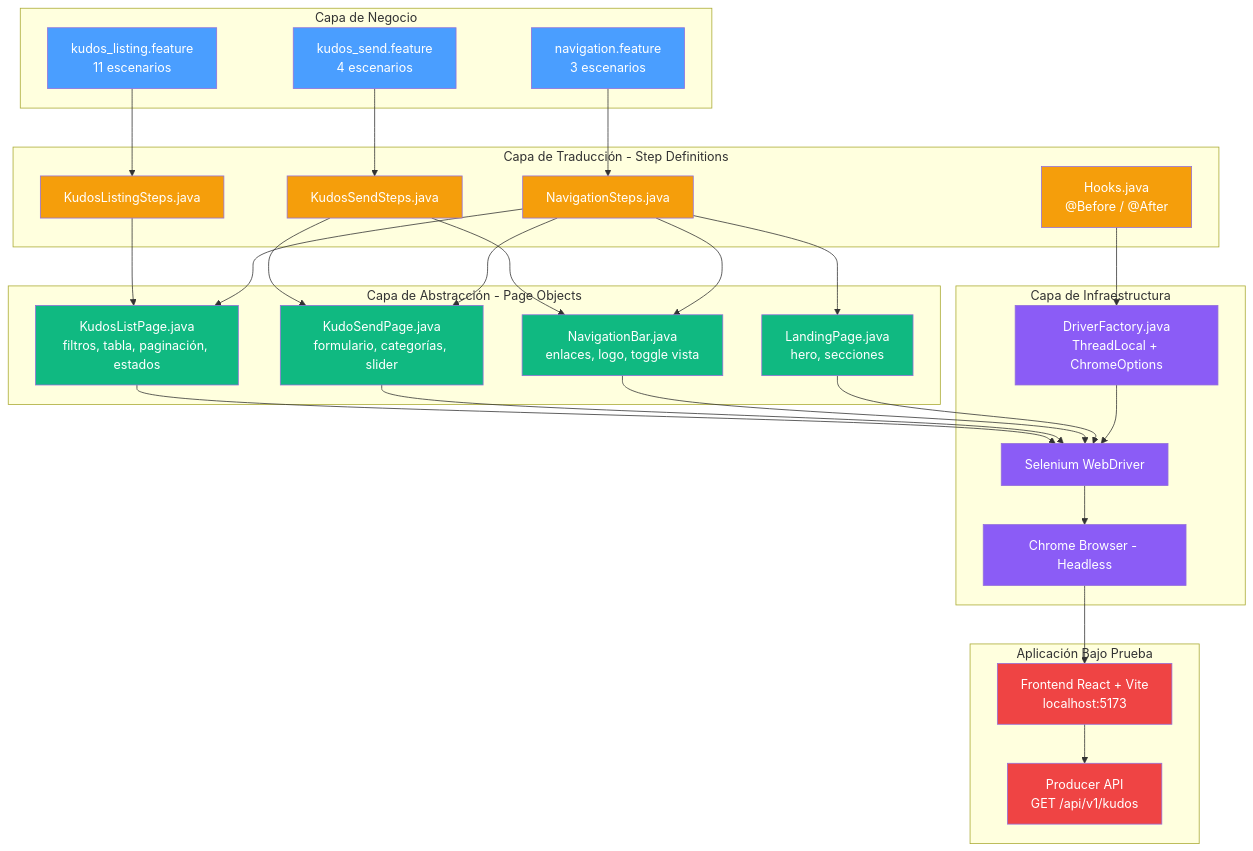
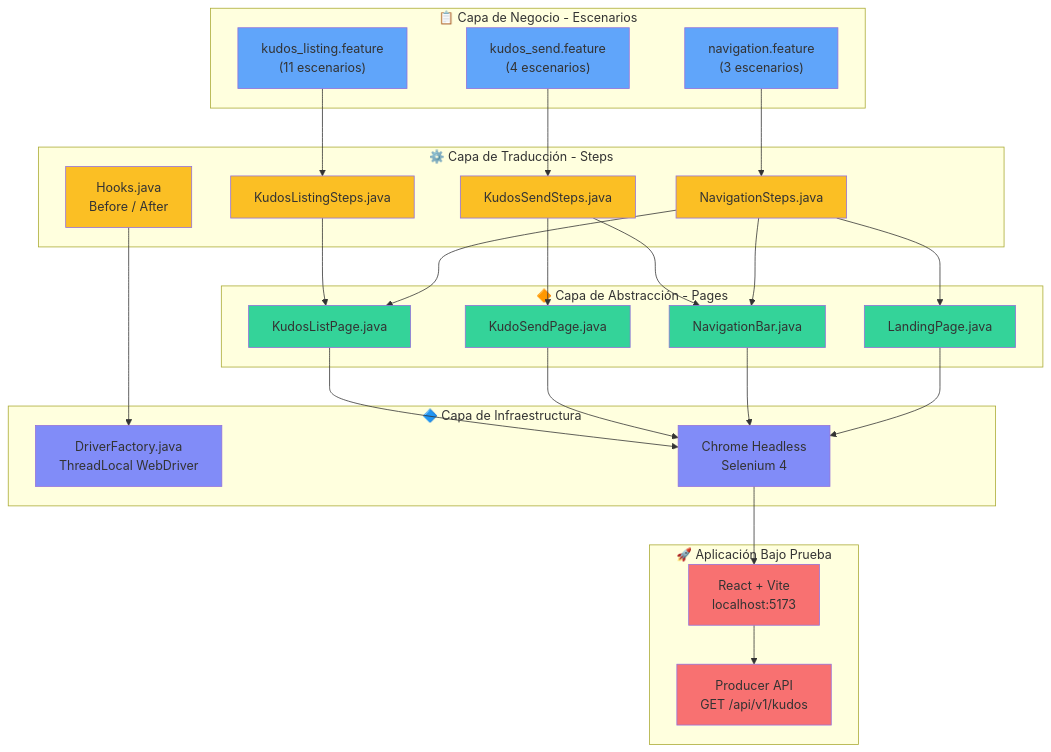
Before and after one commit to majoymajo/AUTO_FRONT_POM_FACTORY: the diagram in README.md, drawn with Mermaid. The commit also changed other lines of this file, not shown here.

Commit message:
🛠️ fix: update architecture diagram and improve clarity in README

````diff
--- a/README.md
+++ b/README.md
@@ -25,70 +25,58 @@
 ```mermaid
 graph TD
-    subgraph "Capa de Negocio"
-        F1["kudos_listing.feature<br/>11 escenarios"]
-        F2["kudos_send.feature<br/>4 escenarios"]
-        F3["navigation.feature<br/>3 escenarios"]
+    subgraph Features["📋 Capa de Negocio - Escenarios"]
+        F1["kudos_listing.feature<br/>(11 escenarios)"]
+        F2["kudos_send.feature<br/>(4 escenarios)"]
+        F3["navigation.feature<br/>(3 escenarios)"]
     end
 
-    subgraph "Capa de Traducción - Step Definitions"
+    subgraph StepDefs["⚙️ Capa de Traducción - Steps"]
         S1["KudosListingSteps.java"]
         S2["KudosSendSteps.java"]
         S3["NavigationSteps.java"]
-        H["Hooks.java<br/>@Before / @After"]
+        S4["Hooks.java<br/>Before / After"]
     end
 
-    subgraph "Capa de Abstracción - Page Objects"
-        P1["KudosListPage.java<br/>filtros, tabla, paginación, estados"]
-        P2["KudoSendPage.java<br/>formulario, categorías, slider"]
-        P3["NavigationBar.java<br/>enlaces, logo, toggle vista"]
-        P4["LandingPage.java<br/>hero, secciones"]
+    subgraph PageObj["🔶 Capa de Abstracción - Pages"]
+        P1["KudosListPage.java"]
+        P2["KudoSendPage.java"]
+        P3["NavigationBar.java"]
+        P4["LandingPage.java"]
     end
 
-    subgraph "Capa de Infraestructura"
-        DF["DriverFactory.java<br/>ThreadLocal + ChromeOptions"]
-        WD["Selenium WebDriver"]
-        BR["Chrome Browser - Headless"]
+    subgraph Infra["🔷 Capa de Infraestructura"]
+        D["DriverFactory.java<br/>ThreadLocal WebDriver"]
+        B["Chrome Headless<br/>Selenium 4"]
     end
 
-    subgraph "Aplicación Bajo Prueba"
-        FE["Frontend React + Vite<br/>localhost:5173"]
+    subgraph App["🚀 Aplicación Bajo Prueba"]
+        WEB["React + Vite<br/>localhost:5173"]
         API["Producer API<br/>GET /api/v1/kudos"]
     end
 
     F1 --> S1
     F2 --> S2
     F3 --> S3
     S1 --> P1
-    S2 --> P2
-    S2 --> P3
-    S3 --> P3
-    S3 --> P1
-    S3 --> P2
-    S3 --> P4
-    H --> DF
-    P1 --> WD
-    P2 --> WD
-    P3 --> WD
-    P4 --> WD
-    DF --> WD
-    WD --> BR
-    BR --> FE
-    FE --> API
+    S2 --> P2 & P3
+    S3 --> P1 & P3 & P4
+    S4 --> D
+    P1 & P2 & P3 & P4 --> B
+    B --> WEB --> API
 
-    style F1 fill:#4a9eff,color:#fff
-    style F2 fill:#4a9eff,color:#fff
-    style F3 fill:#4a9eff,color:#fff
-    style S1 fill:#f59e0b,color:#fff
-    style S2 fill:#f59e0b,color:#fff
-    style S3 fill:#f59e0b,color:#fff
-    style H fill:#f59e0b,color:#fff
-    style P1 fill:#10b981,color:#fff
-    style P2 fill:#10b981,color:#fff
-    style P3 fill:#10b981,color:#fff
-    style P4 fill:#10b981,color:#fff
-    style DF fill:#8b5cf6,color:#fff
-    style WD fill:#8b5cf6,color:#fff
-    style BR fill:#8b5cf6,color:#fff
-    style FE fill:#ef4444,color:#fff
-    style API fill:#ef4444,color:#fff
+    style F1 fill:#60a5fa
+    style F2 fill:#60a5fa
+    style F3 fill:#60a5fa
+    style S1 fill:#fbbf24
+    style S2 fill:#fbbf24
+    style S3 fill:#fbbf24
+    style S4 fill:#fbbf24
+    style P1 fill:#34d399
+    style P2 fill:#34d399
+    style P3 fill:#34d399
+    style P4 fill:#34d399
+    style D fill:#818cf8
+    style B fill:#818cf8
+    style WEB fill:#f87171
+    style API fill:#f87171
 ```
````
